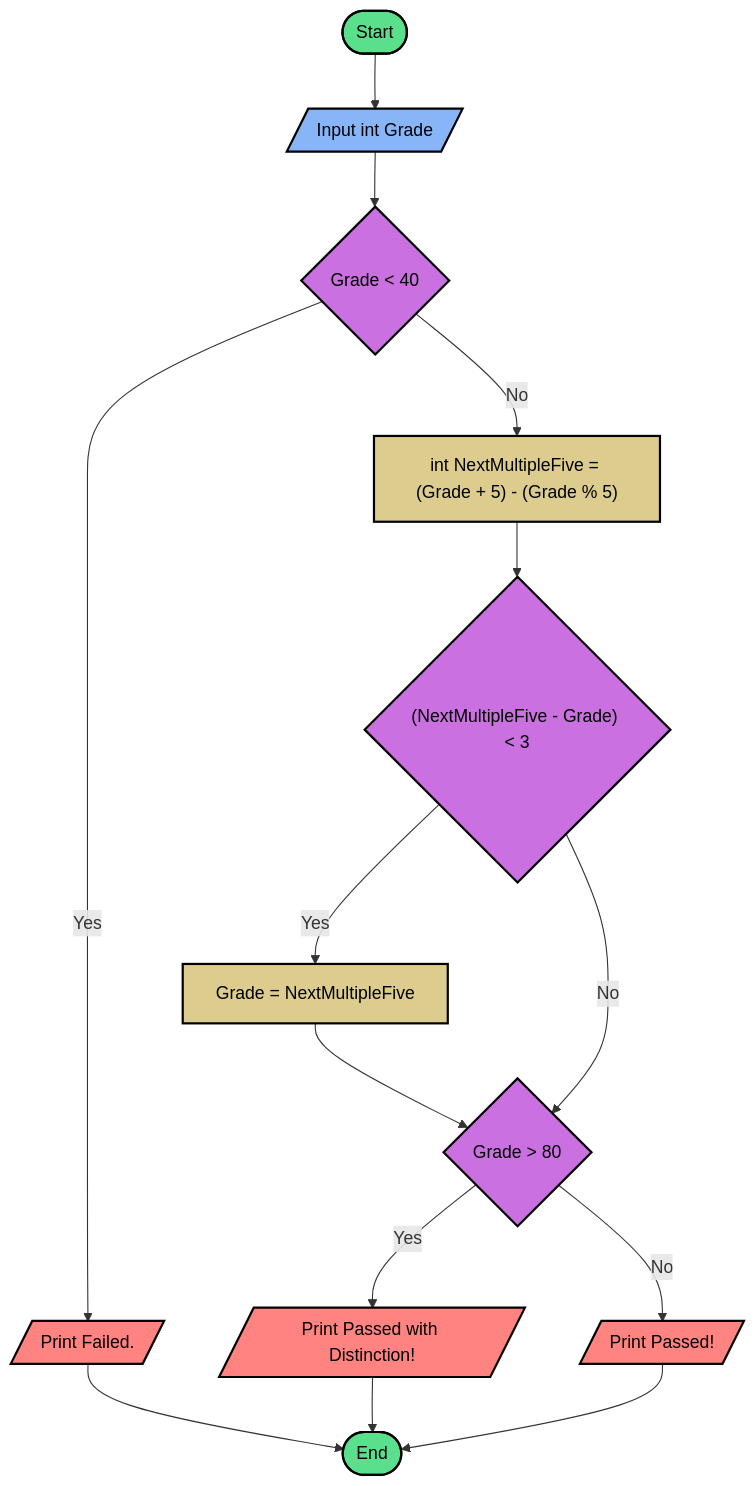
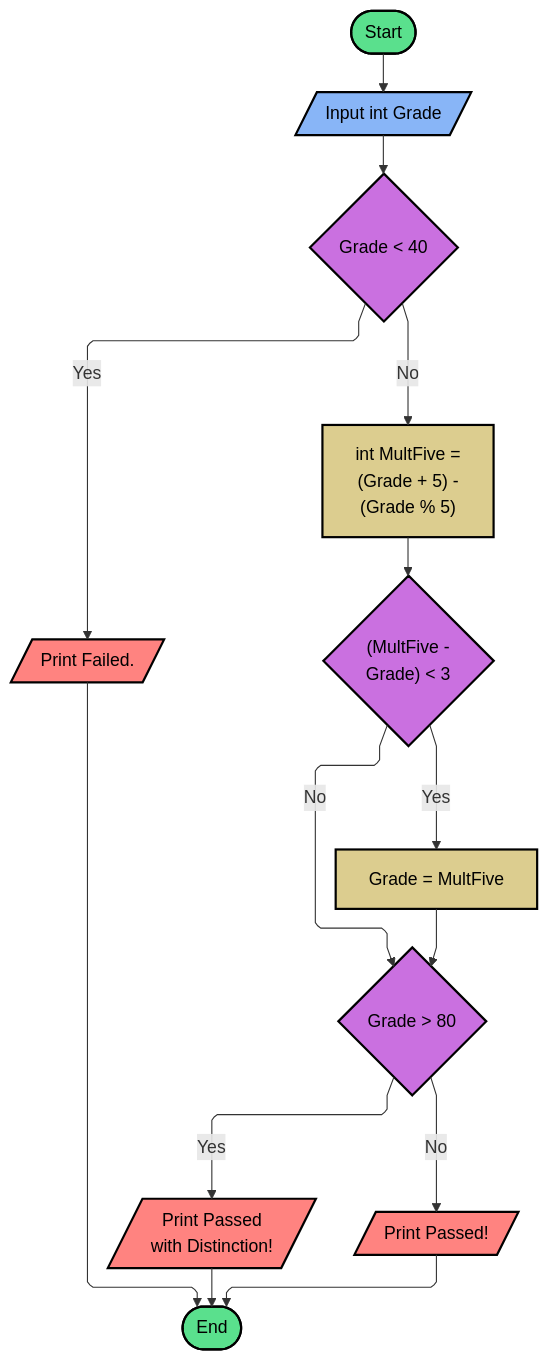
The diagram in ChallengeIntroCoding/Problem1.md (JuMaxi/ChallengeIntroCoding-CodeFirstGirls), drawn with Mermaid before and after one commit. The commit also changed other lines of this file and 2 other files, not shown here.

Commit message:
Factoring name variables

````diff
--- a/ChallengeIntroCoding/Problem1.md
+++ b/ChallengeIntroCoding/Problem1.md
@@ -6,38 +6,43 @@
 ```mermaid
+%%{ init: { 'flowchart': { 'curve': 'linear',"defaultRenderer": "elk" } } }%%
 flowchart TD
     id1([Start])
     id2[/Input int Grade/]
     id3{Grade < 40}
     id4[/Print Failed./]
-    id5["int NextMultipleFive = #lpar;Grade + 5#rpar; - #lpar;Grade % 5#rpar;"]
-    id6{"#lpar;NextMultipleFive - Grade#rpar; < 3"}
-    id7[Grade = NextMultipleFive]
+    id5["int MultFive = 
+    #lpar;Grade + 5#rpar; -
+    #lpar;Grade % 5#rpar;"]
+    id6{"#lpar;MultFive -
+    Grade#rpar; < 3"}
+    id7[Grade = MultFive]
     id8{Grade > 80}
-    id9[/Print Passed with Distinction!/]
+    id9[/"Print Passed
+    with Distinction!"/]
     id10[/Print Passed!/]
     id11([End])
 
     id1 --> id2 --> id3
     id3 -- Yes --> id4
     id3 -- No --> id5
     id5 --> id6 -- Yes --> id7 --> id8
     id6 -- No --> id8
     id8 -- Yes --> id9
     id8 -- No --> id10
     id4 --> id11
     id9 --> id11
     id10 --> id11
     
     style id1 fill:#5AE08D,stroke:black,stroke-width:2px,color:black
     style id11 fill:#5AE08D,stroke:black,stroke-width:2px,color:black;
     style id2 fill:#88B5F7,stroke:black,stroke-width:2px,color:black;
     style id4 fill:#FF8380,stroke:black,stroke-width:2px,color:black;
     style id9 fill:#FF8380,stroke:black,stroke-width:2px,color:black;
     style id10 fill:#FF8380,stroke:black,stroke-width:2px,color:black;
     style id3 fill:#CA70E0,stroke:black,stroke-width:2px,color:black;
     style id6 fill:#CA70E0,stroke:black,stroke-width:2px,color:black;
     style id8 fill:#CA70E0,stroke:black,stroke-width:2px,color:black;
     style id5 fill:#DCCD8F,stroke:black,stroke-width:2px,color:black;
     style id7 fill:#DCCD8F,stroke:black,stroke-width:2px,color:black;
 
 ```
````
